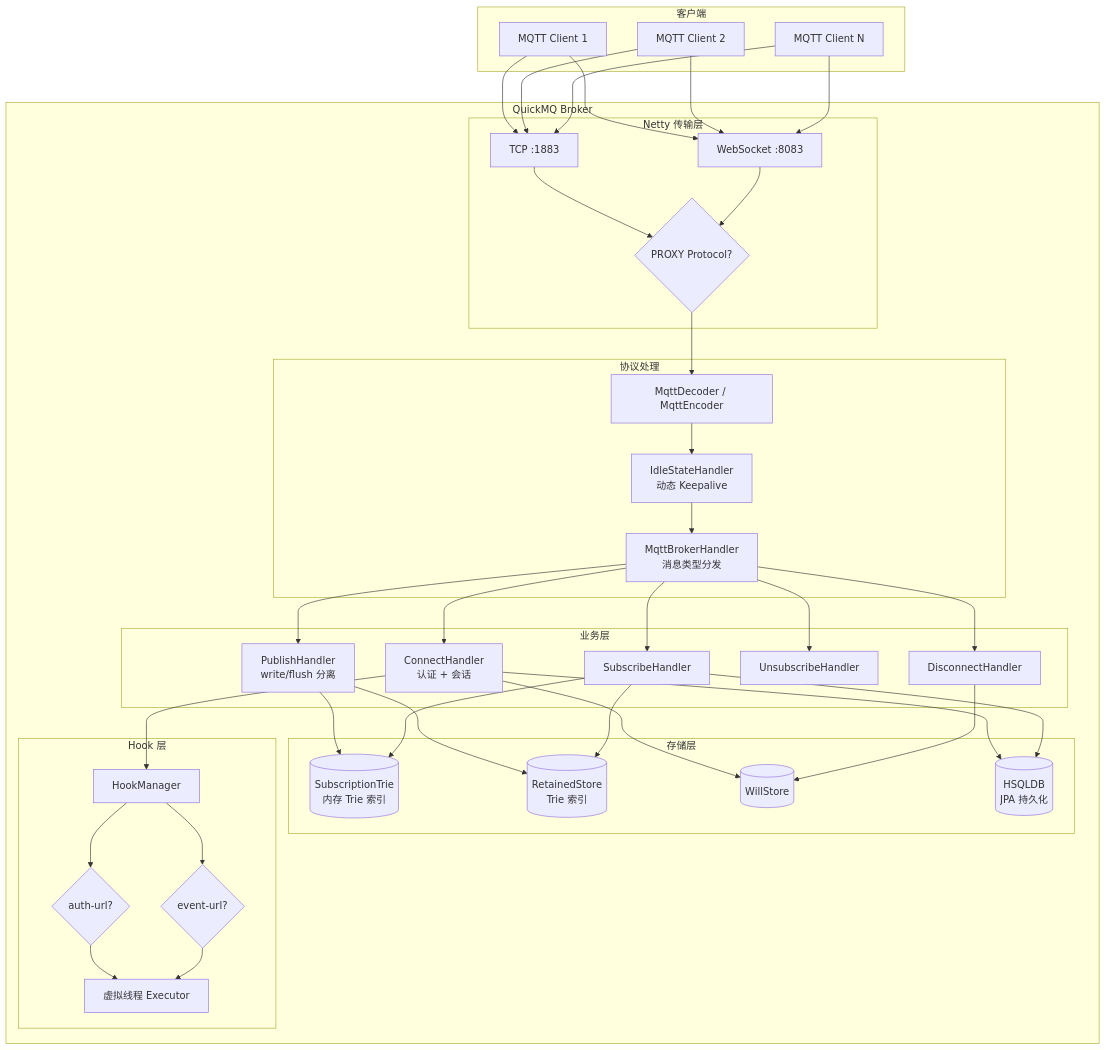
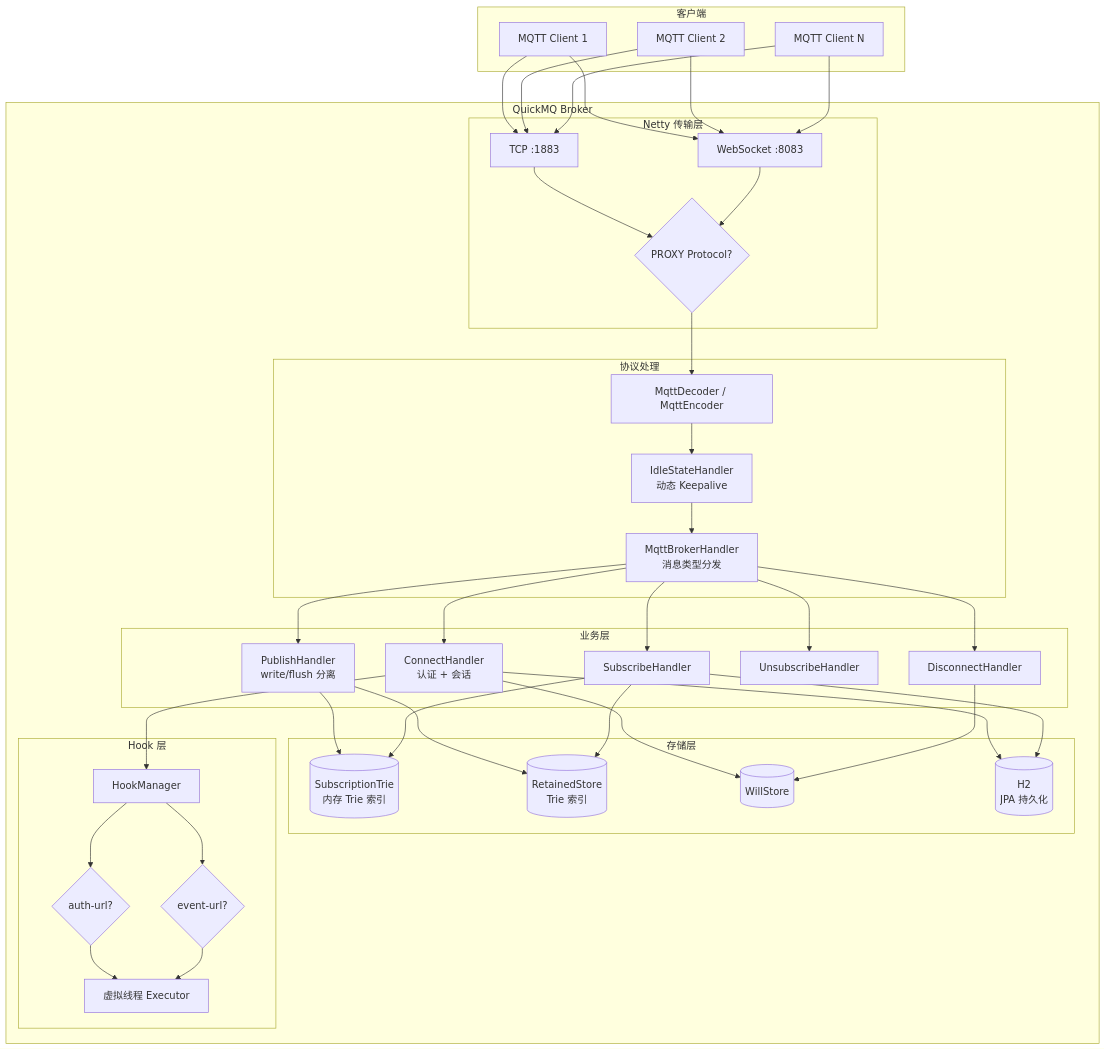
One commit to forkcc/QuickMQ changed the first of 4 diagrams in README.md. Above: the diagram before and after it, drawn with Mermaid. The commit also changed other lines of this file and 9 other files, not shown here.

Commit message:
chore: 迁移数据库从HSQLDB到H2，更新文档和图表

````diff
--- a/README.md
+++ b/README.md
@@ -76,54 +76,54 @@
 ```mermaid
 graph TB
     subgraph 客户端
         C1[MQTT Client 1]
         C2[MQTT Client 2]
         CN[MQTT Client N]
     end
 
     subgraph QuickMQ Broker
         subgraph Netty 传输层
             TCP[TCP :1883]
             WS[WebSocket :8083]
             PP{PROXY Protocol?}
         end
 
         subgraph 协议处理
             DEC[MqttDecoder / MqttEncoder]
             IDLE[IdleStateHandler<br/>动态 Keepalive]
             BH[MqttBrokerHandler<br/>消息类型分发]
         end
 
         subgraph 业务层
             CONN[ConnectHandler<br/>认证 + 会话]
             PUB[PublishHandler<br/>write/flush 分离]
             SUB[SubscribeHandler]
             UNSUB[UnsubscribeHandler]
             DISC[DisconnectHandler]
         end
 
         subgraph 存储层
             TRIE[(SubscriptionTrie<br/>内存 Trie 索引)]
             RET[(RetainedStore<br/>Trie 索引)]
             WILL[(WillStore)]
-            DB[(HSQLDB<br/>JPA 持久化)]
+            DB[(H2<br/>JPA 持久化)]
         end
 
         subgraph Hook 层
             HM[HookManager]
             AUTH{auth-url?}
             EVT{event-url?}
             VT[虚拟线程 Executor]
         end
     end
 
     C1 & C2 & CN --> TCP & WS
     TCP & WS --> PP --> DEC --> IDLE --> BH
     BH --> CONN & PUB & SUB & UNSUB & DISC
     CONN --> HM --> AUTH --> VT
     PUB --> TRIE & RET
     SUB --> TRIE & RET
     CONN & DISC --> WILL
     CONN & SUB --> DB
     HM --> EVT --> VT
 ```
````
